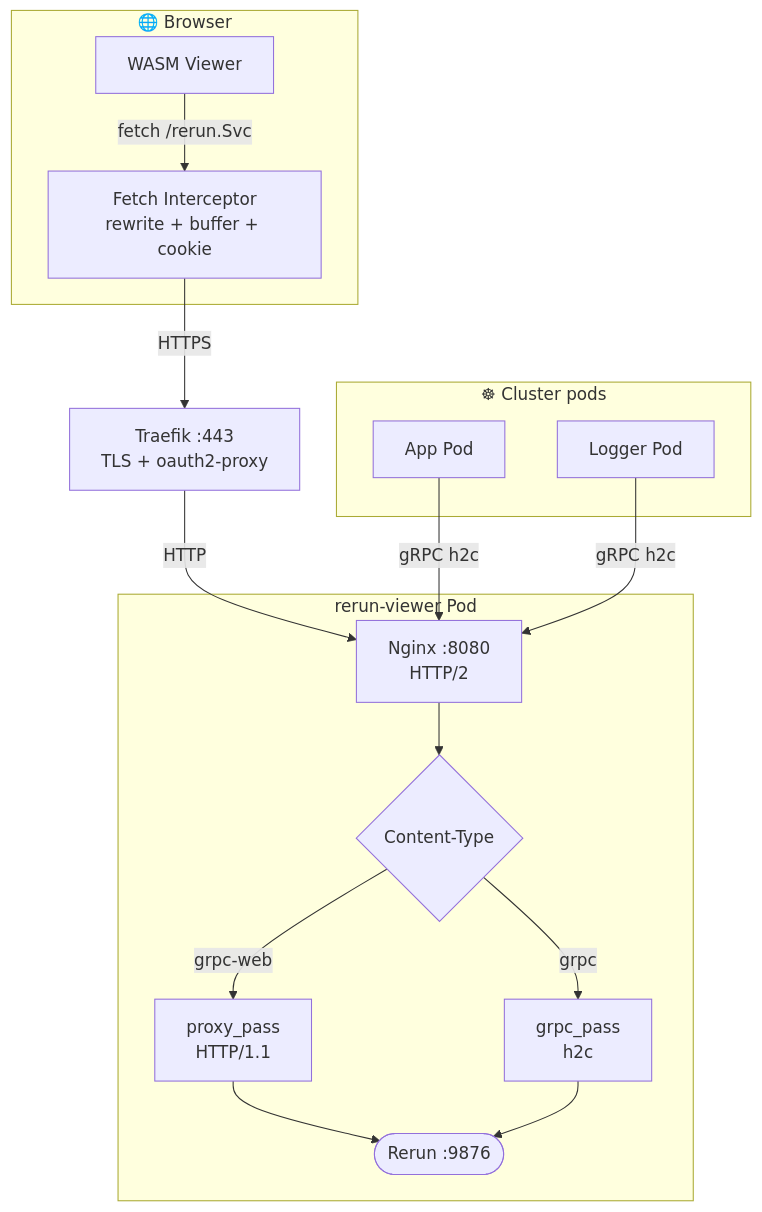
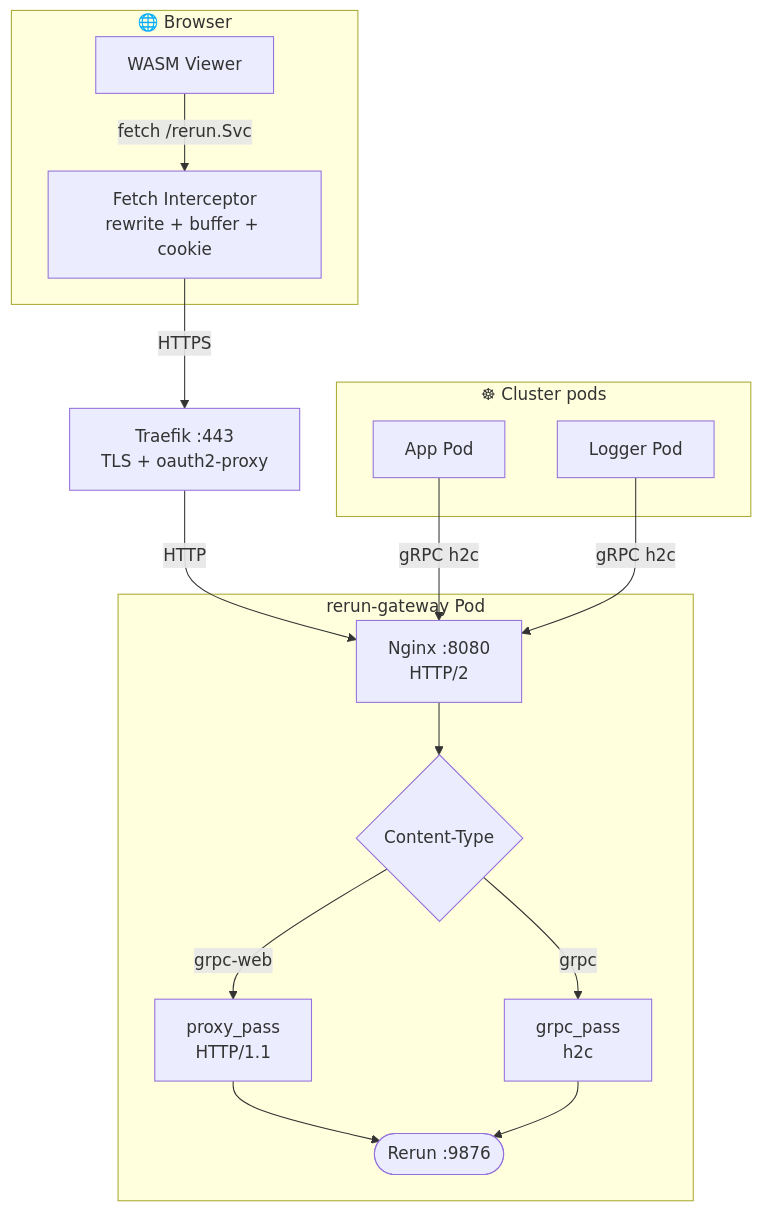
The first of 2 diagrams in README.md (wandelbotsgmbh/rerun-gateway), drawn with Mermaid before and after one commit. The commit also changed other lines of this file and 5 other files, not shown here.

First line of the commit message:
docs: rename deployed app from rerun-viewer to rerun-gateway

````diff
--- a/README.md
+++ b/README.md
@@ -22,26 +22,26 @@
 ```mermaid
 flowchart TB
     subgraph BROWSER["🌐 Browser"]
         WASM["WASM Viewer"] -->|"fetch /rerun.Svc"| FETCH["Fetch Interceptor<br/>rewrite + buffer + cookie"]
     end
 
     subgraph PODS["☸ Cluster pods"]
         APP["App Pod"]
         LOGGER["Logger Pod"]
     end
 
     TLS["Traefik :443<br/>TLS + oauth2-proxy"]
 
-    subgraph VIEWER["rerun-viewer Pod"]
+    subgraph VIEWER["rerun-gateway Pod"]
         NGINX["Nginx :8080<br/>HTTP/2"] --> MAP{"Content-Type"}
         MAP -->|"grpc-web"| WEB["proxy_pass<br/>HTTP/1.1"]
         MAP -->|"grpc"| NATIVE["grpc_pass<br/>h2c"]
         WEB --> RERUN(["Rerun :9876"])
         NATIVE --> RERUN
     end
 
     FETCH -->|"HTTPS"| TLS
     TLS -->|"HTTP"| NGINX
     APP -->|"gRPC h2c"| NGINX
     LOGGER -->|"gRPC h2c"| NGINX
 ```
````
